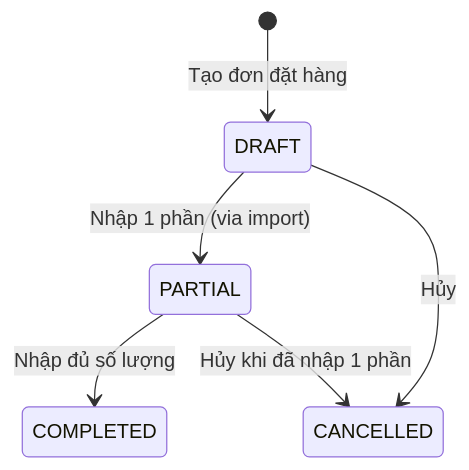
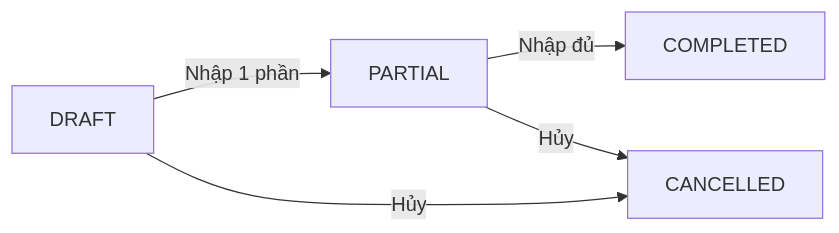
One commit to Java-Inventory-Management-System/Projects changed the first of 2 diagrams in docs/flows/be/08-purchase-order-flow.md. Above: the diagram before and after it, drawn with Mermaid. The commit also changed 7 other files, not shown here.

Commit message:
docs: convert BE state machines from stateDiagram-v2 to flowchart LR for clean layout

````diff
--- a/docs/flows/be/08-purchase-order-flow.md
+++ b/docs/flows/be/08-purchase-order-flow.md
@@ -34,8 +34,7 @@
 ```mermaid
-stateDiagram-v2
-    [*] --> DRAFT : Tạo đơn đặt hàng
-    DRAFT --> PARTIAL : Nhập 1 phần (via import)
-    DRAFT --> CANCELLED : Hủy
-    PARTIAL --> COMPLETED : Nhập đủ số lượng
-    PARTIAL --> CANCELLED : Hủy khi đã nhập 1 phần
+flowchart LR
+    DRAFT -->|Nhập 1 phần| PARTIAL
+    DRAFT -->|Hủy| CANCELLED
+    PARTIAL -->|Nhập đủ| COMPLETED
+    PARTIAL -->|Hủy| CANCELLED
 ```
````
